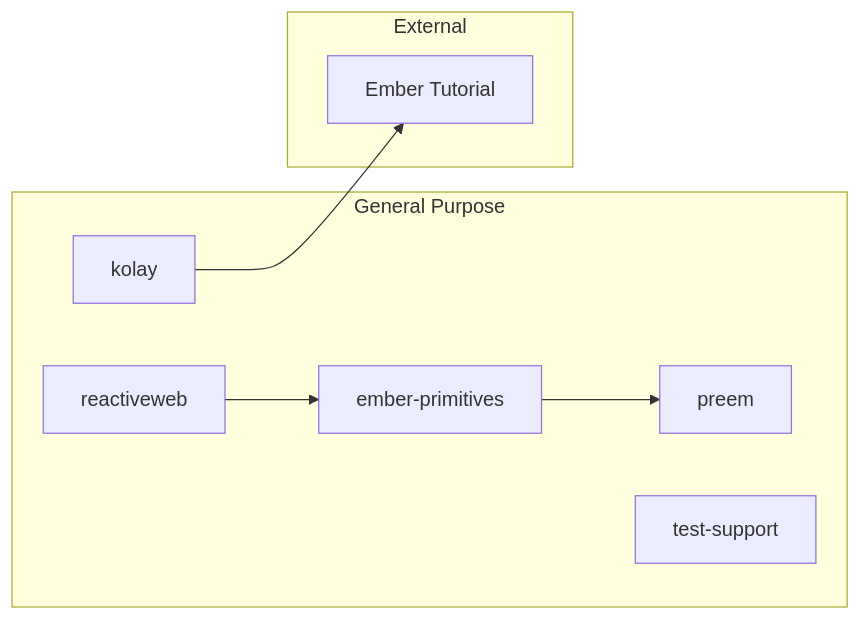
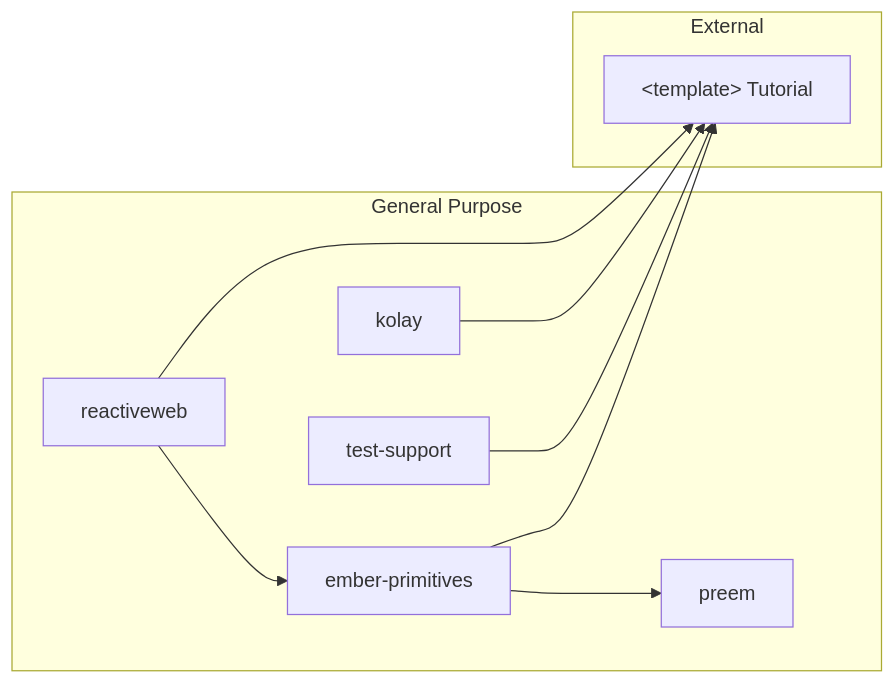
One commit to universal-ember/.github changed the second of 2 diagrams in profile/README.md. Above: the diagram before and after it, drawn with Mermaid. The commit also changed other lines of this file, not shown here.

````diff
--- a/profile/README.md
+++ b/profile/README.md
@@ -13,15 +74,24 @@
 ```mermaid
 flowchart LR  
   subgraph "General Purpose"
     ember-primitives-->preem
     kolay
     reactiveweb-->ember-primitives
-    preem
     test-support
   end
+
   subgraph "External"
-    tutorial["Ember Tutorial"]
+    tutorial["&lt;template&gt; Tutorial"]
     kolay-->tutorial
+    ember-primitives-->tutorial
+    reactiveweb-->tutorial
+    test-support-->tutorial
+    click tutorial "https://tutorial.glimdown.com" _blank
   end
 
+  click ember-primitives "https://ember-primitives.pages.dev" _blank
+  click kolay "https://github.com/universal-ember/kolay/" _blank
+  click reactiveweb "https://reactive.nullvoxpopuli.com/" _blank
+
+
 ```
````
